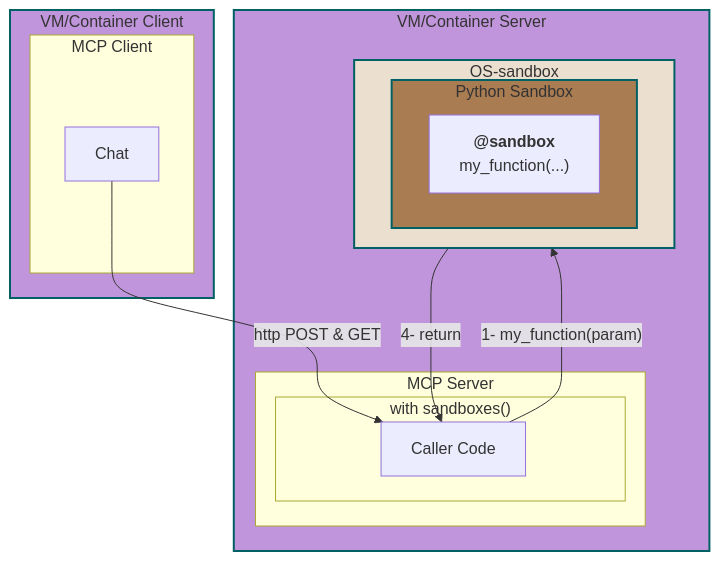
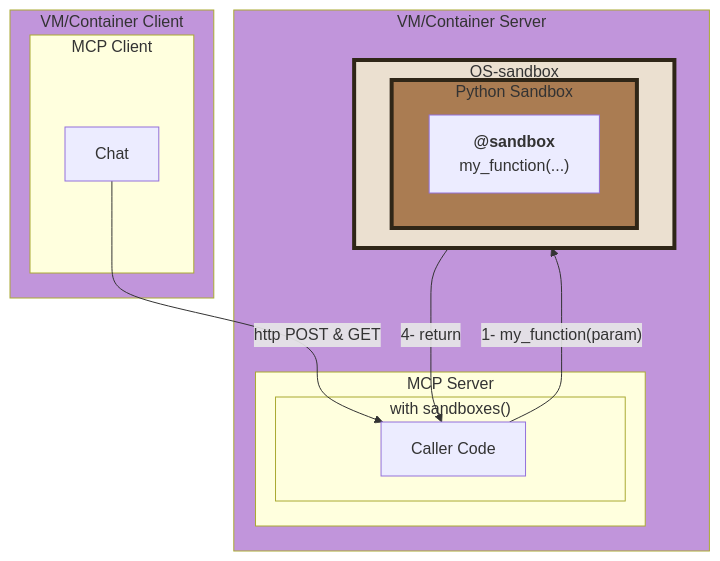
The fourth of 4 diagrams in samples/mcp-server/README.md (pprados/pysandboxes), drawn with Mermaid before and after one commit. The commit also changed other lines of this file and 7 other files, not shown here.

````diff
--- a/samples/mcp-server/README.md
+++ b/samples/mcp-server/README.md
@@ -123,32 +123,32 @@
 ```mermaid
 flowchart TD
     subgraph Docker1 ["VM/Container Client"]
         subgraph MCPClient ["MCP Client"]
             D[Chat]
         end
     end
     subgraph Docker2 ["VM/Container Server"]
         subgraph MCPServer [MCP Server]
             subgraph WithSandboxes ["with sandboxes()"]
                 A[Caller Code]
             end
         end
 
         subgraph OSSandbox ["OS-sandbox"]
             direction LR
             subgraph PythonSandbox [Python Sandbox]
                C["<b>@sandbox</b><br/>my_function(...)"]
            end
         end
     end
 
     D -- "http POST & GET" --> A
     A -- "1- my_function(param)" --> C
     C -- "4- return" --> A
 
     %% 🎨 Style personnalisé pour OSSandbox
-    style Docker1 fill:#C195DB,stroke:#006064,stroke-width:2px
-    style Docker2 fill:#C195DB,stroke:#006064,stroke-width:2px
-    style OSSandbox fill:#ebe0d0,stroke:#006064,stroke-width:2px
-    style PythonSandbox fill:#aa7c52,stroke:#006064,stroke-width:2px
+    style Docker1 fill:#C195DB
+    style Docker2 fill:#C195DB
+    style OSSandbox fill:#ebe0d0,stroke:#2f2617,stroke-width:4px
+    style PythonSandbox fill:#aa7c52,stroke:#2f2617,stroke-width:4px
 ```
````
